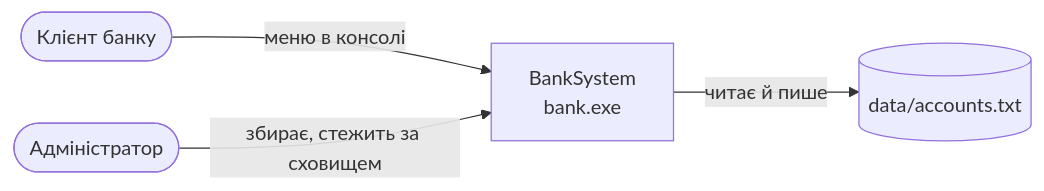
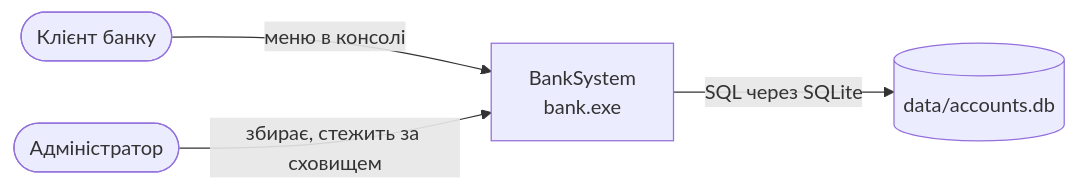
One commit to dyrikos/product-banksystem changed the first of 2 diagrams in 2-architecture/architecture.md. Above: the diagram before and after it, drawn with Mermaid. The commit also changed other lines of this file and 38 other files, not shown here.

````diff
--- a/2-architecture/architecture.md
+++ b/2-architecture/architecture.md
@@ -15,6 +15,6 @@
 ```mermaid
 flowchart LR
     client([Клієнт банку]) -->|меню в консолі| app[BankSystem<br/>bank.exe]
     admin([Адміністратор]) -->|збирає, стежить за сховищем| app
-    app -->|читає й пише| file[(data/accounts.txt)]
+    app -->|SQL через SQLite| file[(data/accounts.db)]
 ```
````
